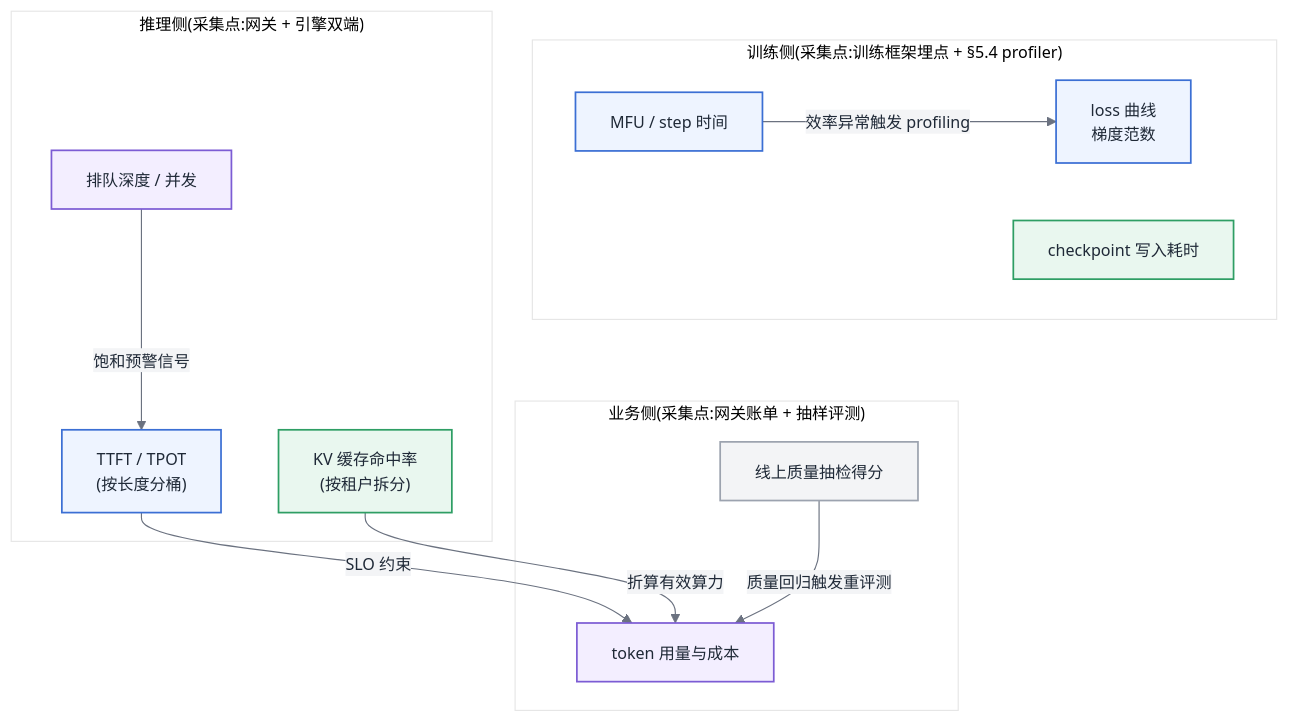
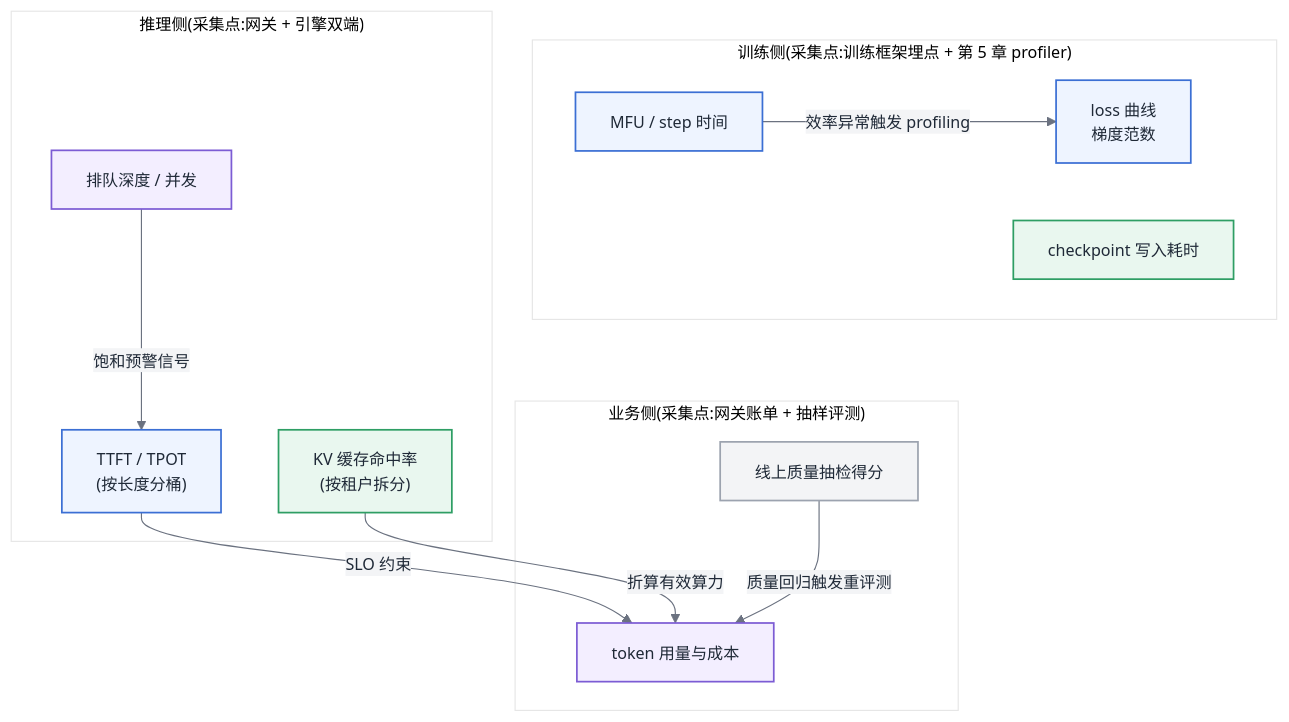
One commit to cdavid817/AI-Infra changed the first of 4 diagrams in 第六部分-上层平台/第29章-可观测性与评测流水线.md. Above: the diagram before and after it, drawn with Mermaid. The commit also changed 12 other files, not shown here.

Commit message:
mermaid 图内不再出现 §X.Y 小节引用:本章自引删除,跨章引用改为「第 X 章」表述(13 文件 28 处)

````diff
--- a/第六部分-上层平台/第29章-可观测性与评测流水线.md
+++ b/第六部分-上层平台/第29章-可观测性与评测流水线.md
@@ -51,33 +51,33 @@
 ```mermaid
 %%{init: {'theme':'base','themeVariables':{
   'primaryColor':'#EEF4FF','primaryBorderColor':'#3B6FD4','primaryTextColor':'#1F2937',
   'secondaryColor':'#F3F4F6','tertiaryColor':'#FFFFFF',
   'lineColor':'#6B7280','fontFamily':'-apple-system, Segoe UI, Helvetica, Arial, sans-serif','fontSize':'14px'
 }}}%%
 flowchart TB
   classDef compute fill:#EEF4FF,stroke:#3B6FD4,stroke-width:1.5px,color:#1F2937
   classDef store fill:#E9F7EF,stroke:#2E9E64,stroke-width:1.5px,color:#1F2937
   classDef ctrl fill:#F3EEFF,stroke:#7C5CD4,stroke-width:1.5px,color:#1F2937
   classDef ext fill:#F3F4F6,stroke:#9CA3AF,stroke-width:1.5px,color:#1F2937
 
-  subgraph 训练侧["训练侧(采集点:训练框架埋点 + §5.4 profiler)"]
+  subgraph 训练侧["训练侧(采集点:训练框架埋点 + 第 5 章 profiler)"]
     T1["MFU / step 时间"]:::compute
     T2["loss 曲线<br/>梯度范数"]:::compute
     T3["checkpoint 写入耗时"]:::store
   end
   subgraph 推理侧["推理侧(采集点:网关 + 引擎双端)"]
     I1["TTFT / TPOT<br/>(按长度分桶)"]:::compute
     I2["排队深度 / 并发"]:::ctrl
     I3["KV 缓存命中率<br/>(按租户拆分)"]:::store
   end
   subgraph 业务侧["业务侧(采集点:网关账单 + 抽样评测)"]
     B1["token 用量与成本"]:::ctrl
     B2["线上质量抽检得分"]:::ext
   end
 
   T1 -->|"效率异常触发 profiling"| T2
   I1 -->|"SLO 约束"| B1
   I2 -->|"饱和预警信号"| I1
   I3 -->|"折算有效算力"| B1
   B2 -->|"质量回归触发重评测"| B1
 ```
````
